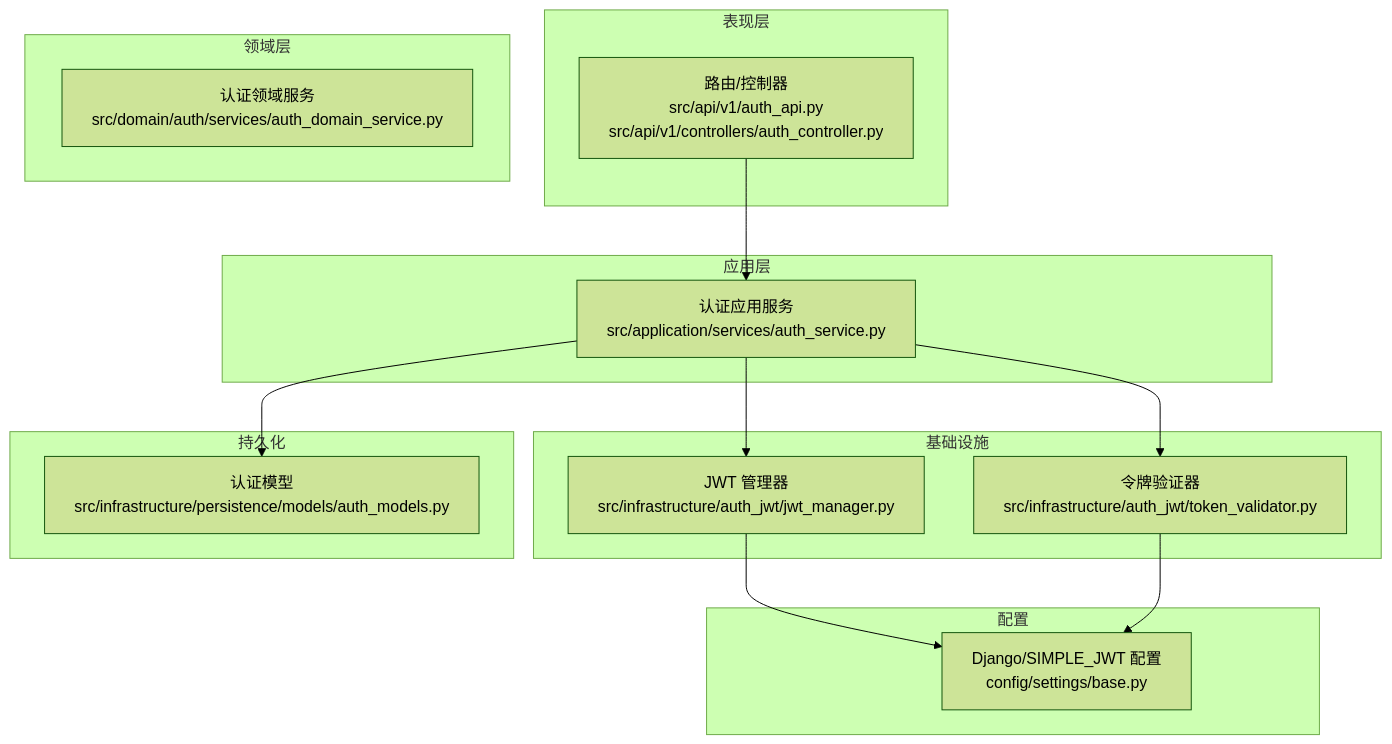
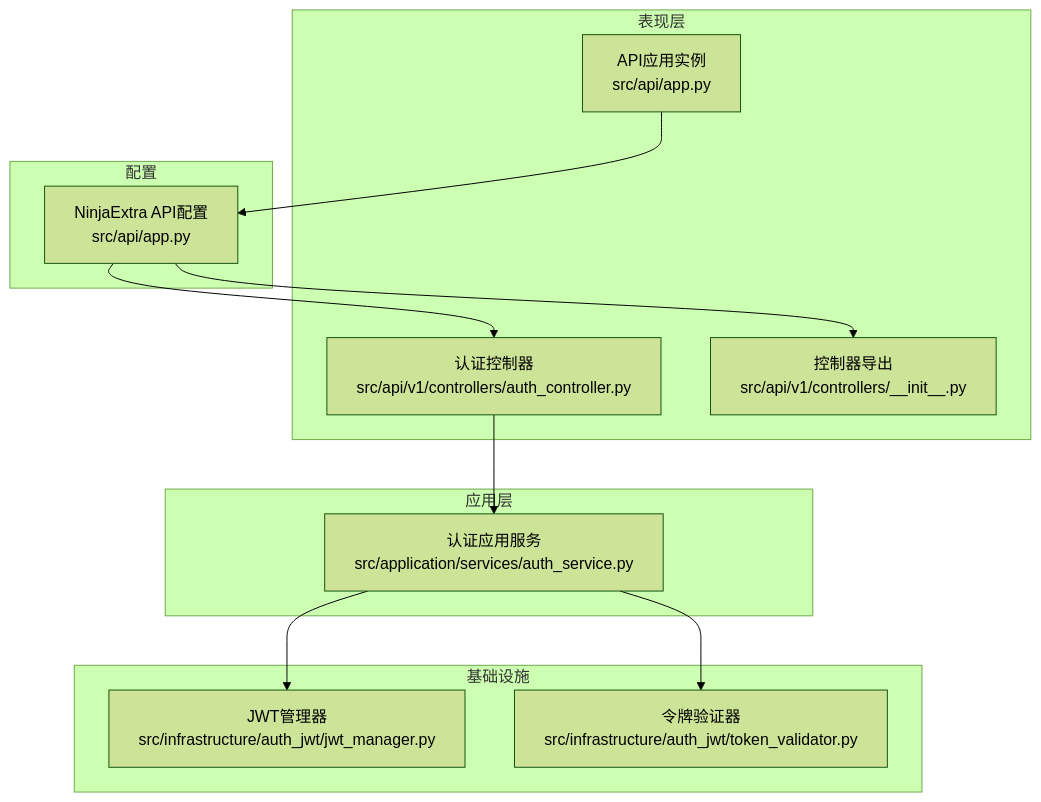
One commit to taoweidong/Hello-Django-Ninja-Api changed the first of 6 diagrams in .qoder/repowiki/zh/content/API 接口文档/认证接口.md. Above: the diagram before and after it, drawn with Mermaid (forest theme). The commit also changed other lines of this file and 7 other files, not shown here.

````diff
--- a/.qoder/repowiki/zh/content/API 接口文档/认证接口.md
+++ b/.qoder/repowiki/zh/content/API 接口文档/认证接口.md
@@ -45,28 +47,24 @@
 ```mermaid
 graph TB
 subgraph "表现层"
-R["路由/控制器<br/>src/api/v1/auth_api.py<br/>src/api/v1/controllers/auth_controller.py"]
+A["API应用实例<br/>src/api/app.py"]
+B["认证控制器<br/>src/api/v1/controllers/auth_controller.py"]
+C["控制器导出<br/>src/api/v1/controllers/__init__.py"]
 end
 subgraph "应用层"
 S["认证应用服务<br/>src/application/services/auth_service.py"]
 end
-subgraph "领域层"
-D["认证领域服务<br/>src/domain/auth/services/auth_domain_service.py"]
-end
 subgraph "基础设施"
-M["JWT 管理器<br/>src/infrastructure/auth_jwt/jwt_manager.py"]
-V["令牌验证器<br/>src/infrastructure/auth_jwt/token_validator.py"]
-end
-subgraph "持久化"
-P["认证模型<br/>src/infrastructure/persistence/models/auth_models.py"]
+D["JWT管理器<br/>src/infrastructure/auth_jwt/jwt_manager.py"]
+E["令牌验证器<br/>src/infrastructure/auth_jwt/token_validator.py"]
 end
 subgraph "配置"
-C["Django/SIMPLE_JWT 配置<br/>config/settings/base.py"]
+F["NinjaExtra API配置<br/>src/api/app.py"]
 end
-R --> S
-S --> M
-S --> V
-S --> P
-M --> C
-V --> C
+A --> F
+B --> S
+S --> D
+S --> E
+F --> B
+F --> C
 ```
````
